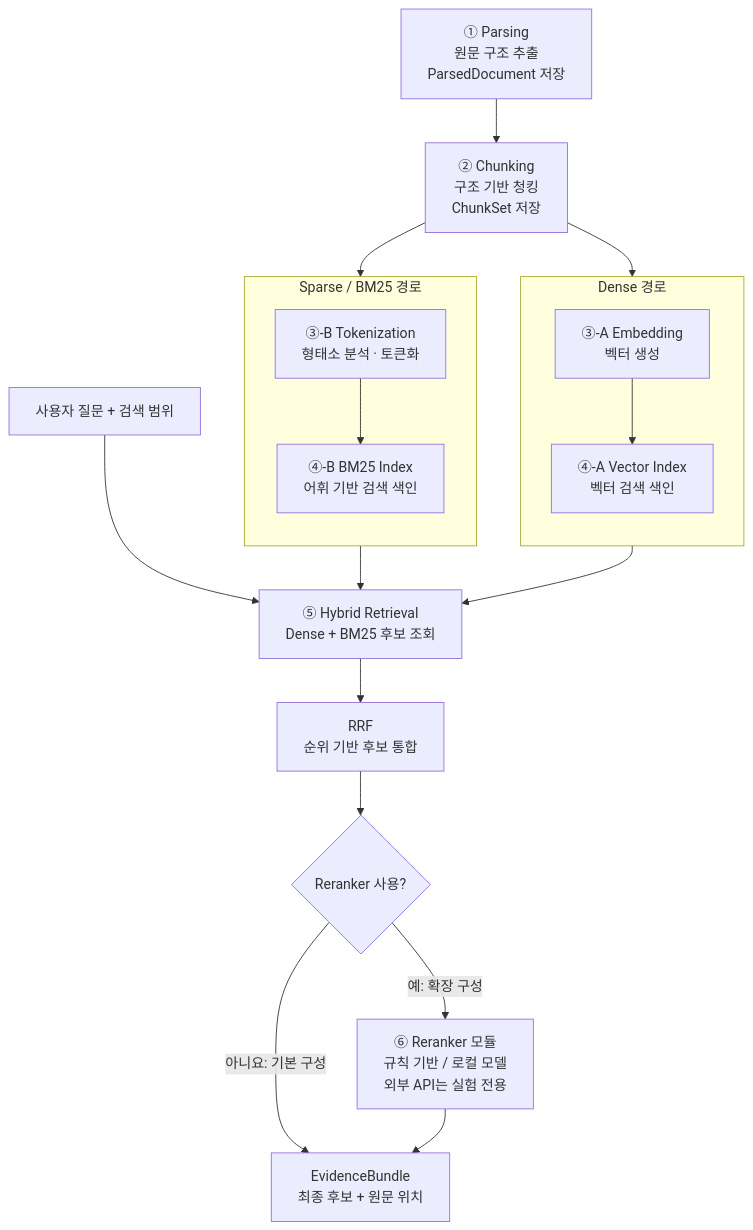
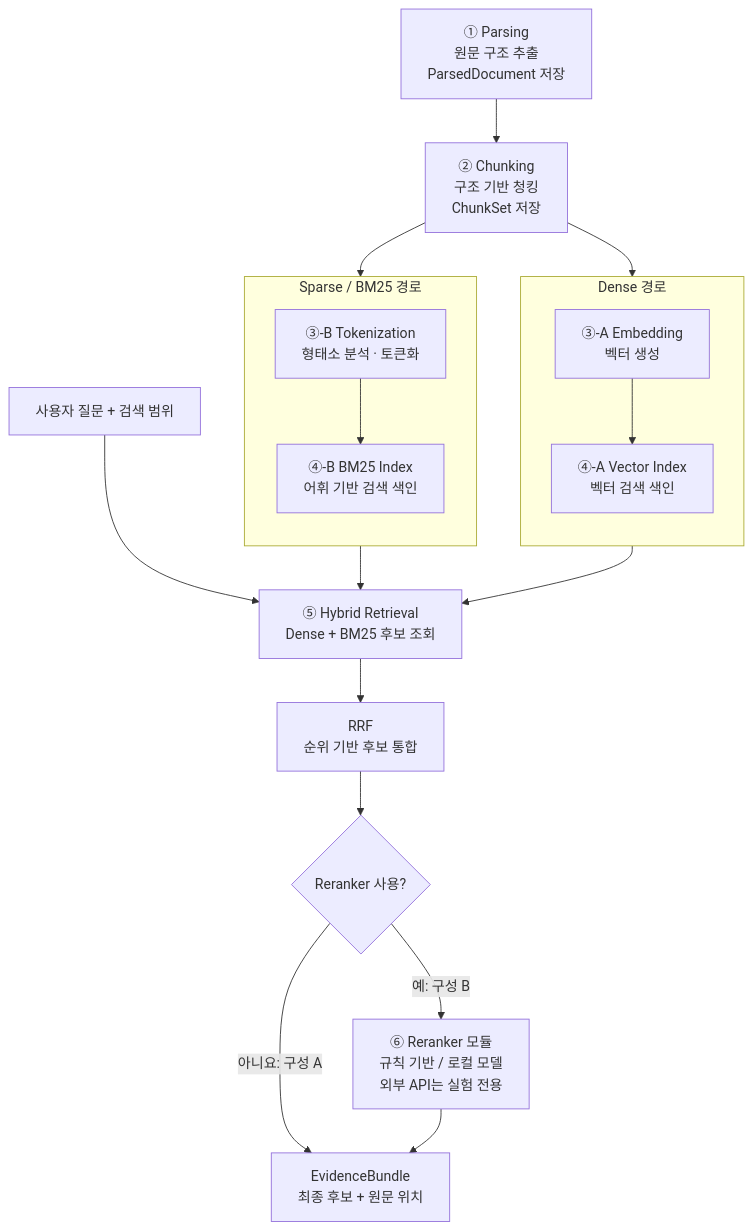
Before and after one commit to Jungminii-1114/P_Project_t5: the diagram in docs/document-pipeline.md, drawn with Mermaid. The commit also changed other lines of this file, not shown here.

Commit message:
docs: clarify pipeline flow and fix Markdown strikethrough in step ranges

````diff
--- a/docs/document-pipeline.md
+++ b/docs/document-pipeline.md
@@ -11,34 +11,34 @@
 ```mermaid
 flowchart TD
     P["① Parsing<br/>원문 구조 추출<br/>ParsedDocument 저장"]
     C["② Chunking<br/>구조 기반 청킹<br/>ChunkSet 저장"]
     subgraph DENSE["Dense 경로"]
         direction TB
         E["③-A Embedding<br/>벡터 생성"]
         V["④-A Vector Index<br/>벡터 검색 색인"]
         E --> V
     end
     subgraph SPARSE["Sparse / BM25 경로"]
         direction TB
         T["③-B Tokenization<br/>형태소 분석 · 토큰화"]
         B["④-B BM25 Index<br/>어휘 기반 검색 색인"]
         T --> B
     end
     Q["사용자 질문 + 검색 범위"]
     H["⑤ Hybrid Retrieval<br/>Dense + BM25 후보 조회"]
     F["RRF<br/>순위 기반 후보 통합"]
     S{"Reranker 사용?"}
     R["⑥ Reranker 모듈<br/>규칙 기반 / 로컬 모델<br/>외부 API는 실험 전용"]
     O["EvidenceBundle<br/>최종 후보 + 원문 위치"]
     P --> C
     C --> E
     C --> T
     V --> H
     B --> H
     Q --> H
     H --> F
     F --> S
-    S -->|"아니요: 기본 구성"| O
-    S -->|"예: 확장 구성"| R
+    S -->|"아니요: 구성 A"| O
+    S -->|"예: 구성 B"| R
     R --> O
 ```
````
